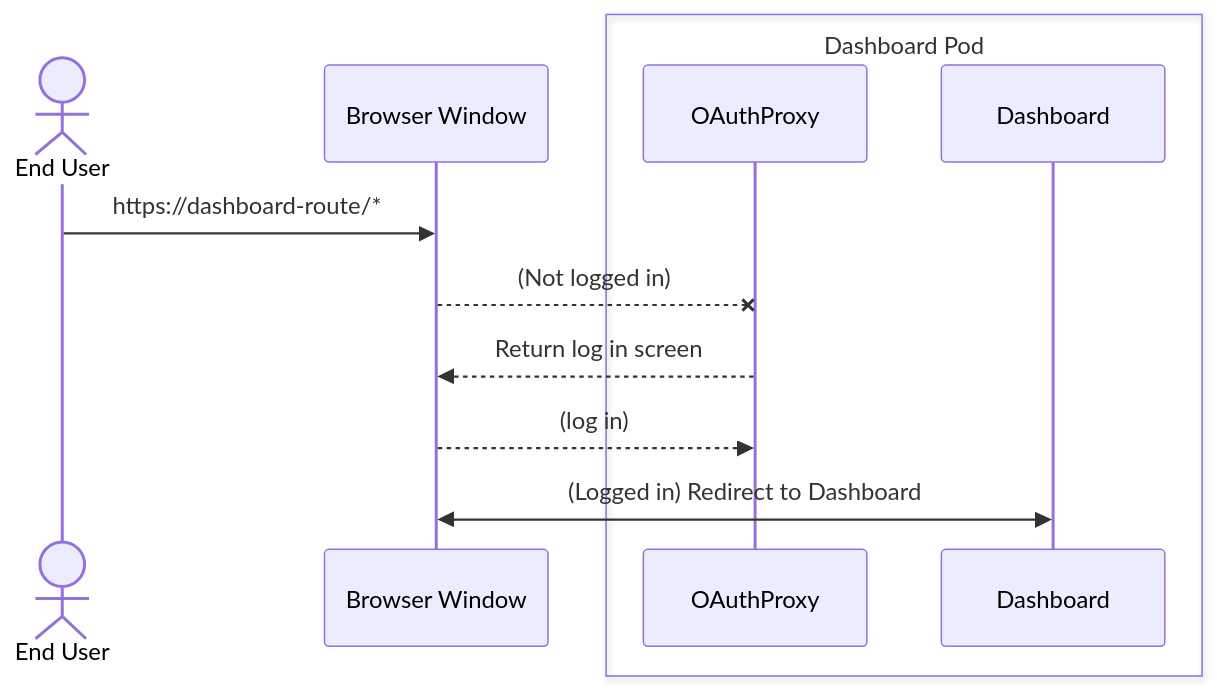
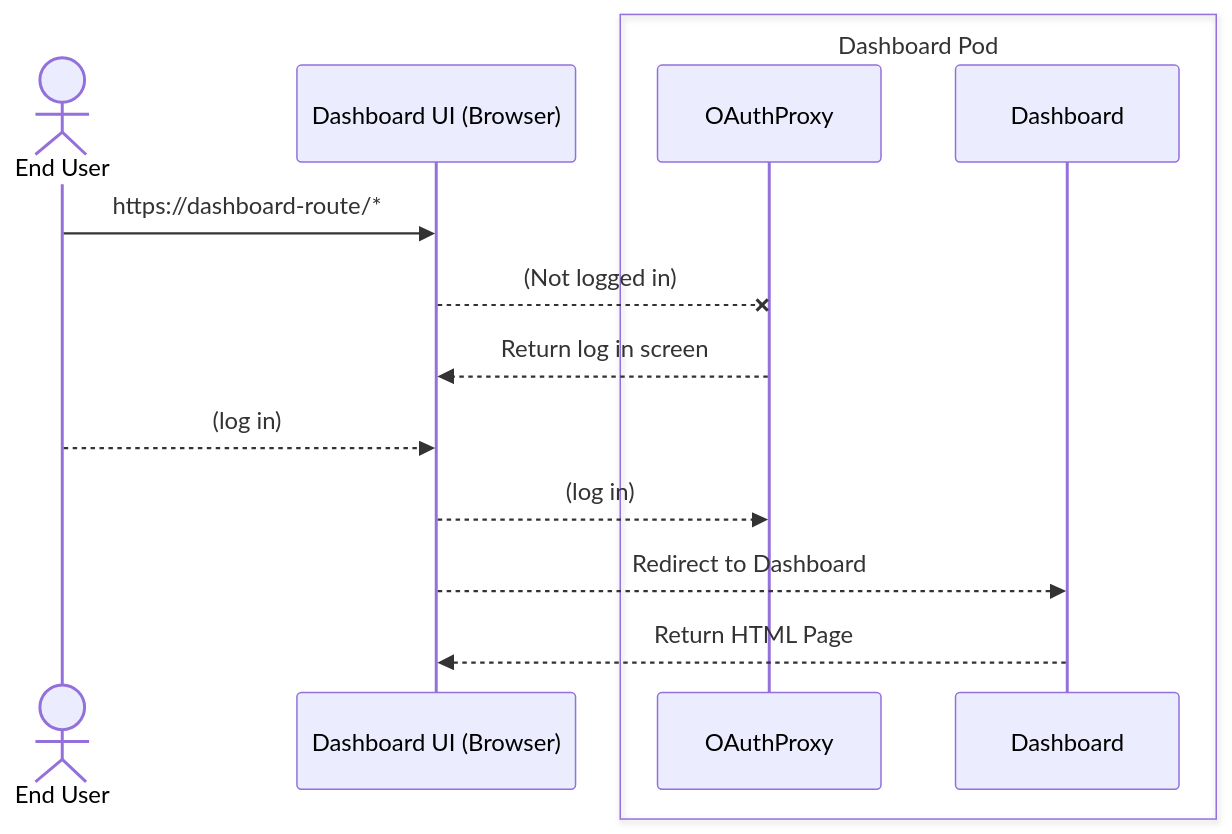
The diagram in documentation/components/dashboard/README.md (andrewballantyne/architecture-decision-records), drawn with Mermaid before and after one commit. The commit also changed other lines of this file, not shown here.

````diff
--- a/documentation/components/dashboard/README.md
+++ b/documentation/components/dashboard/README.md
@@ -23,15 +23,17 @@
 ```mermaid
 sequenceDiagram
     actor EndUser as End User
-    participant Browser as Browser Window
+    participant DashboardUI as Dashboard UI (Browser)
     box Dashboard Pod
     participant OAuthProxy
     participant Dashboard
     end
 
-    EndUser->>Browser: https://dashboard-route/*
-    Browser--xOAuthProxy: (Not logged in)
-    OAuthProxy-->>Browser: Return log in screen
-    Browser-->>OAuthProxy: (log in)
-    Browser<<->>Dashboard: (Logged in) Redirect to Dashboard
+    EndUser->>DashboardUI: https://dashboard-route/*
+    DashboardUI--xOAuthProxy: (Not logged in)
+    OAuthProxy-->>DashboardUI: Return log in screen
+    EndUser-->>DashboardUI: (log in)
+    DashboardUI-->>OAuthProxy: (log in)
+    DashboardUI-->>Dashboard: Redirect to Dashboard
+    Dashboard-->>DashboardUI: Return HTML Page
 ```
````
